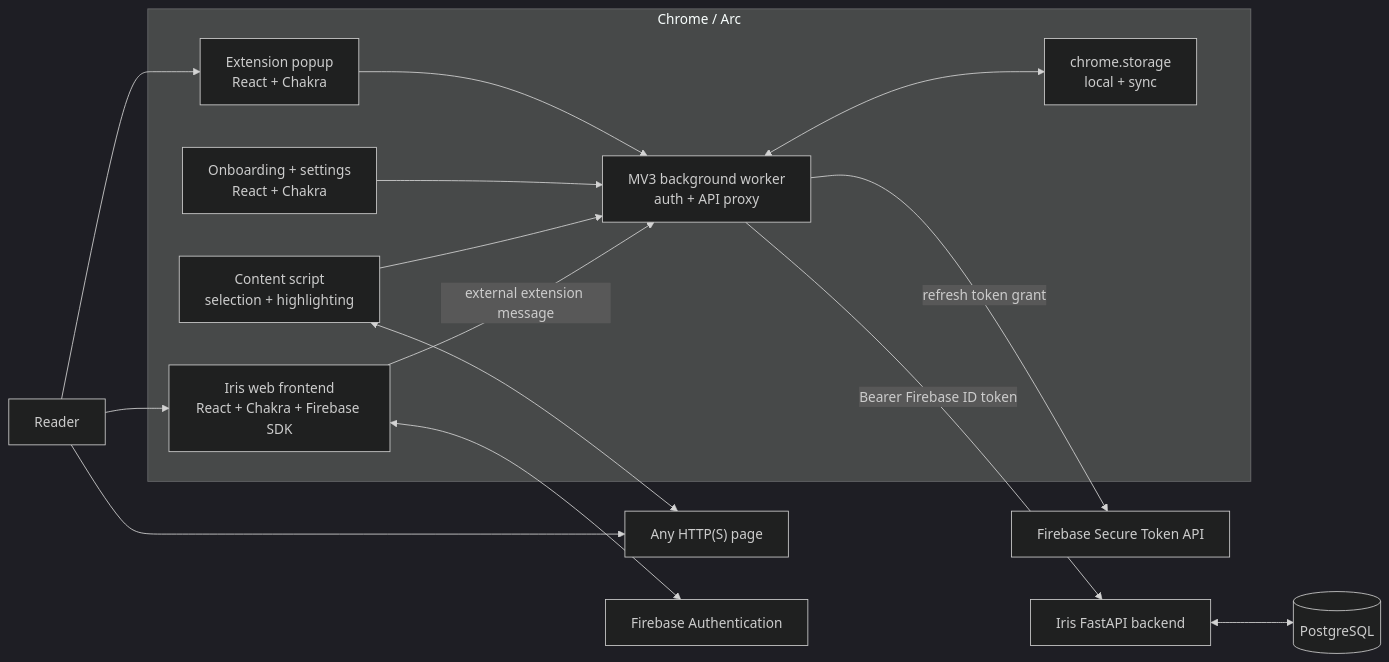
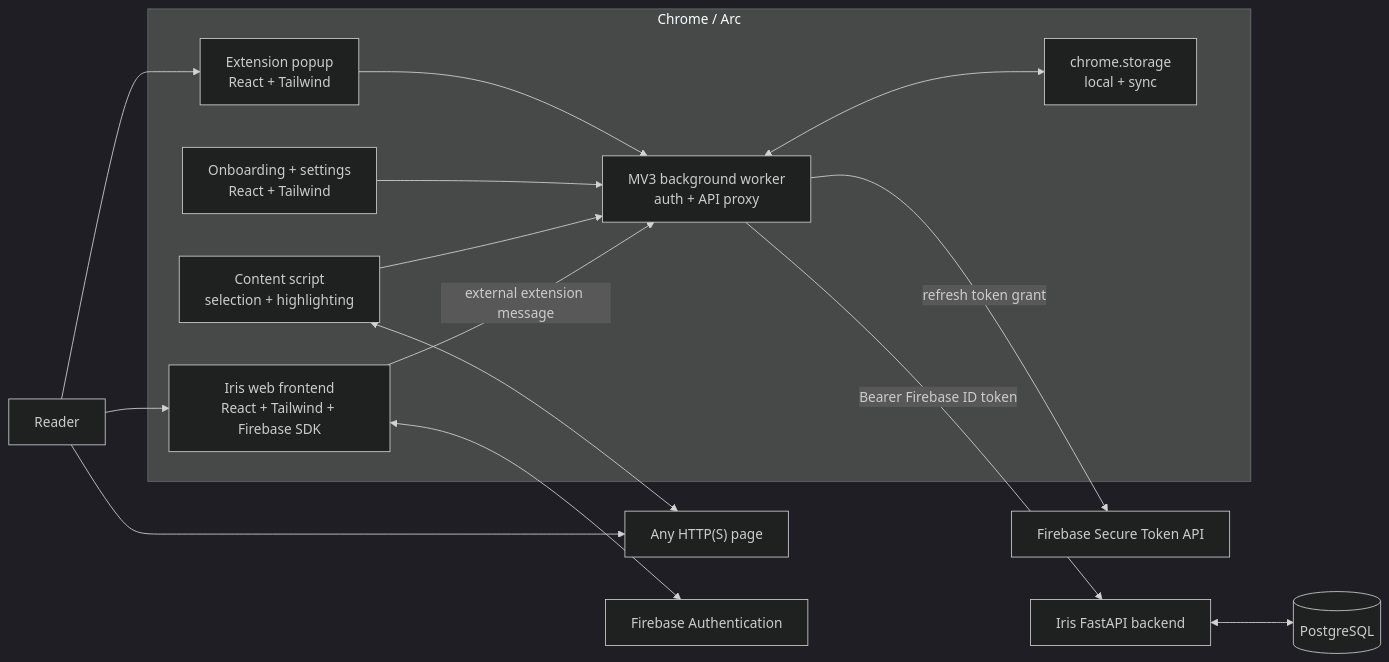
One commit to jdai1/iris changed the first of 8 diagrams in docs/browser-extension-architecture.md. Above: the diagram before and after it, drawn with Mermaid (dark theme). The commit also changed other lines of this file and 59 other files, not shown here.

Commit message:
Consolidate Iris runtime and extension changes

````diff
--- a/docs/browser-extension-architecture.md
+++ b/docs/browser-extension-architecture.md
@@ -21,33 +21,33 @@
 ```mermaid
 flowchart LR
     User["Reader"]
     Page["Any HTTP(S) page"]
 
     subgraph Browser["Chrome / Arc"]
-        Popup["Extension popup<br/>React + Chakra"]
-        Pages["Onboarding + settings<br/>React + Chakra"]
+        Popup["Extension popup<br/>React + Tailwind"]
+        Pages["Onboarding + settings<br/>React + Tailwind"]
         Worker["MV3 background worker<br/>auth + API proxy"]
         Content["Content script<br/>selection + highlighting"]
         Storage["chrome.storage<br/>local + sync"]
-        IrisFE["Iris web frontend<br/>React + Chakra + Firebase SDK"]
+        IrisFE["Iris web frontend<br/>React + Tailwind + Firebase SDK"]
     end
 
     Firebase["Firebase Authentication"]
     SecureToken["Firebase Secure Token API"]
     Core["Iris FastAPI backend"]
     DB[("PostgreSQL")]
 
     User --> Popup
     User --> Page
     User --> IrisFE
     Popup --> Worker
     Pages --> Worker
     Content --> Worker
     Content <--> Page
     Worker <--> Storage
     IrisFE <--> Firebase
     IrisFE -->|"external extension message"| Worker
     Worker -->|"refresh token grant"| SecureToken
     Worker -->|"Bearer Firebase ID token"| Core
     Core <--> DB
 ```
````
